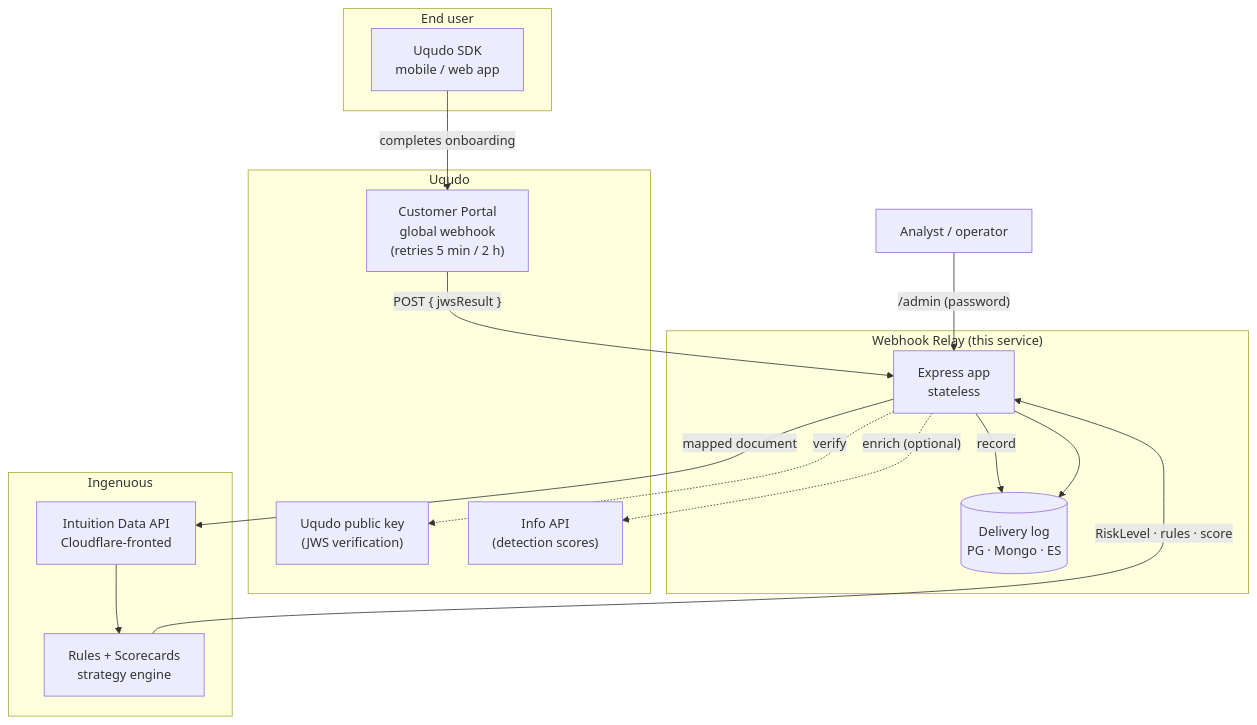
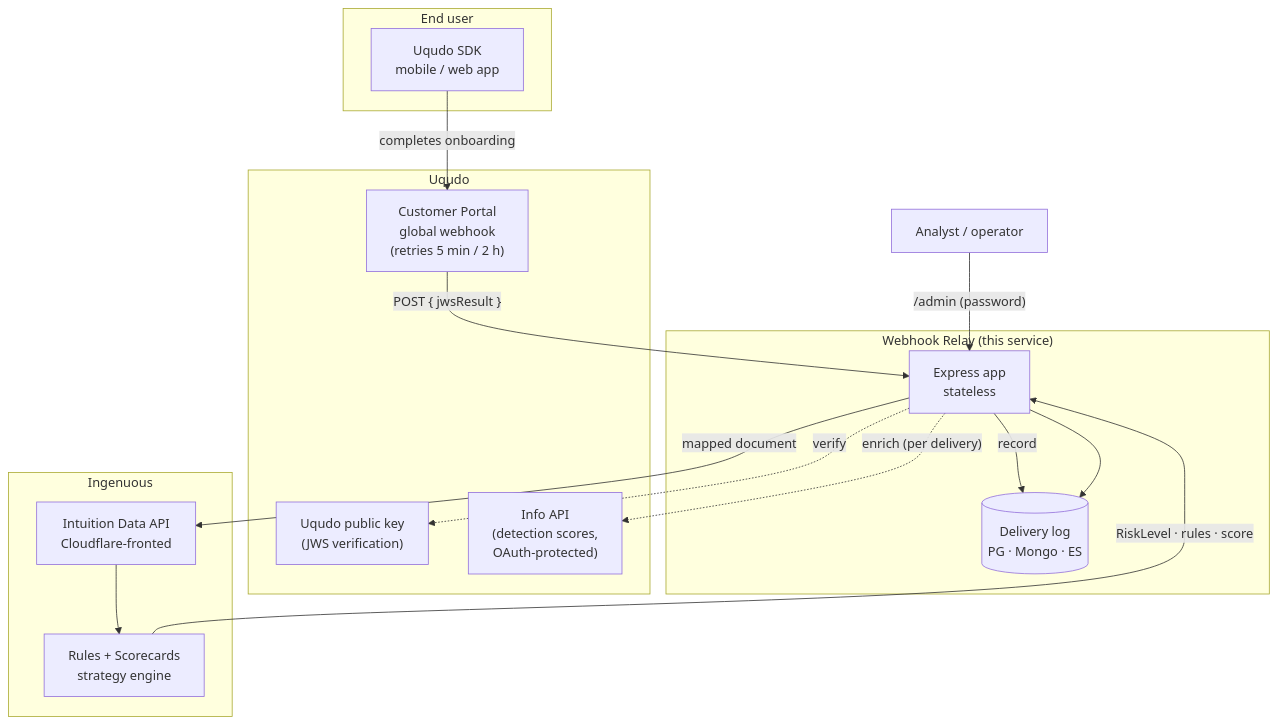
Before and after one commit to kanziLAB/uqudo-webhook-relay: the first of 12 diagrams in docs/ARCHITECTURE.md, drawn with Mermaid. The commit also changed other lines of this file and 2 other files, not shown here.

First line of the commit message:
Docs: installation guide with backend selector + illustrated architecture

````diff
--- a/docs/ARCHITECTURE.md
+++ b/docs/ARCHITECTURE.md
@@ -13,30 +30,30 @@
 ```mermaid
 flowchart TB
   subgraph client["End user"]
     SDK["Uqudo SDK<br/>mobile / web app"]
   end
   subgraph uqudo["Uqudo"]
     PORTAL["Customer Portal<br/>global webhook<br/>(retries 5 min / 2 h)"]
     JWKS["Uqudo public key<br/>(JWS verification)"]
-    INFO["Info API<br/>(detection scores)"]
+    INFO["Info API<br/>(detection scores,<br/>OAuth-protected)"]
   end
   subgraph relay["Webhook Relay (this service)"]
     APP["Express app<br/>stateless"]
     LOG[("Delivery log<br/>PG · Mongo · ES")]
   end
   subgraph intuition["Ingenuous"]
     DATA["Intuition Data API<br/>Cloudflare-fronted"]
     RULES["Rules + Scorecards<br/>strategy engine"]
   end
 
   SDK -->|completes onboarding| PORTAL
   PORTAL -->|"POST { jwsResult }"| APP
   APP -. verify .-> JWKS
-  APP -. "enrich (optional)" .-> INFO
+  APP -. "enrich (per delivery)" .-> INFO
   APP -->|"mapped document"| DATA
   DATA --> RULES
   RULES -->|"RiskLevel · rules · score"| APP
   APP -->|record| LOG
   ADMIN["Analyst / operator"] -->|"/admin (password)"| APP
   APP --> LOG
 ```
````
